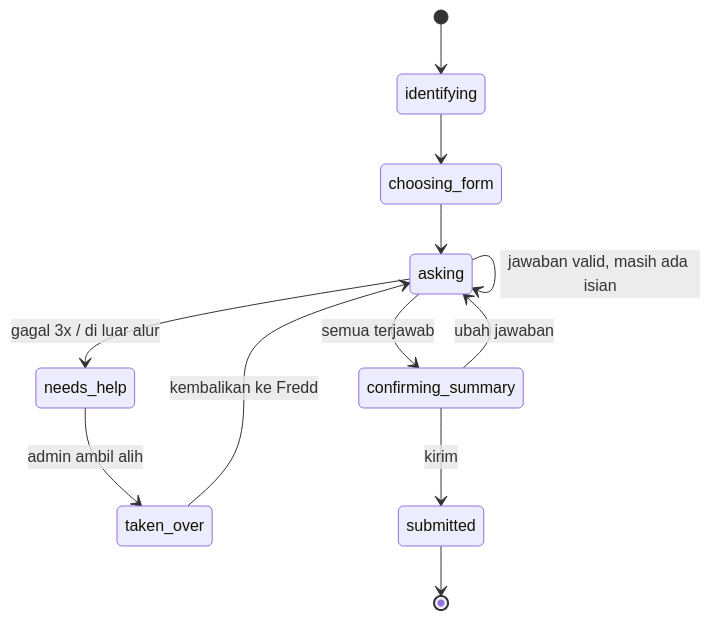
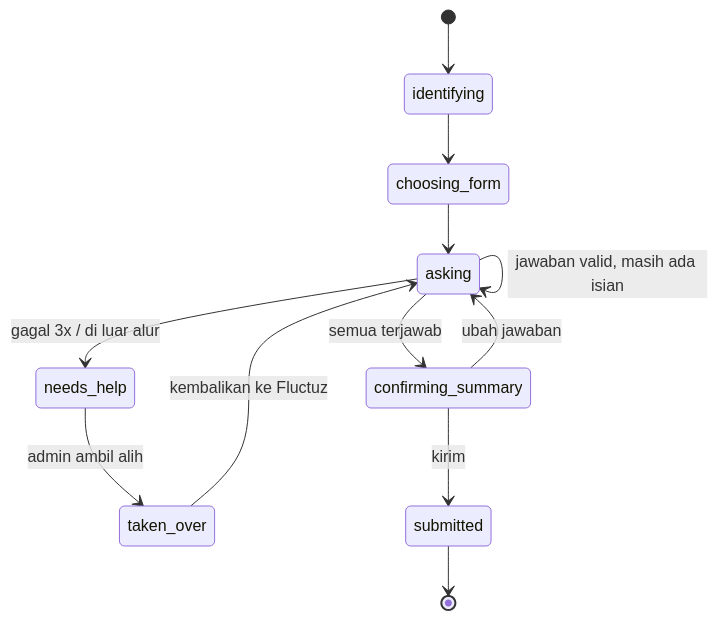
The third of 3 diagrams in docs/13-diagrams/system-diagrams.md (indrarasyid07/fredd-backend), drawn with Mermaid before and after one commit. The commit also changed other lines of this file and 35 other files, not shown here.

````diff
--- a/docs/13-diagrams/system-diagrams.md
+++ b/docs/13-diagrams/system-diagrams.md
@@ -63,14 +63,14 @@
 ```mermaid
 stateDiagram-v2
   [*] --> identifying
   identifying --> choosing_form
   choosing_form --> asking
   asking --> asking: jawaban valid, masih ada isian
   asking --> needs_help: gagal 3x / di luar alur
   asking --> confirming_summary: semua terjawab
   needs_help --> taken_over: admin ambil alih
-  taken_over --> asking: kembalikan ke Fredd
+  taken_over --> asking: kembalikan ke Fluctuz
   confirming_summary --> asking: ubah jawaban
   confirming_summary --> submitted: kirim
   submitted --> [*]
 ```
````
